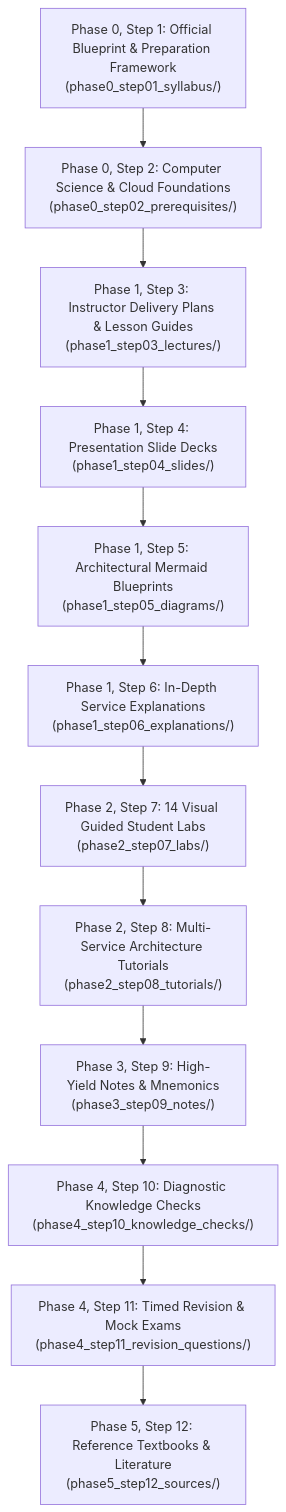
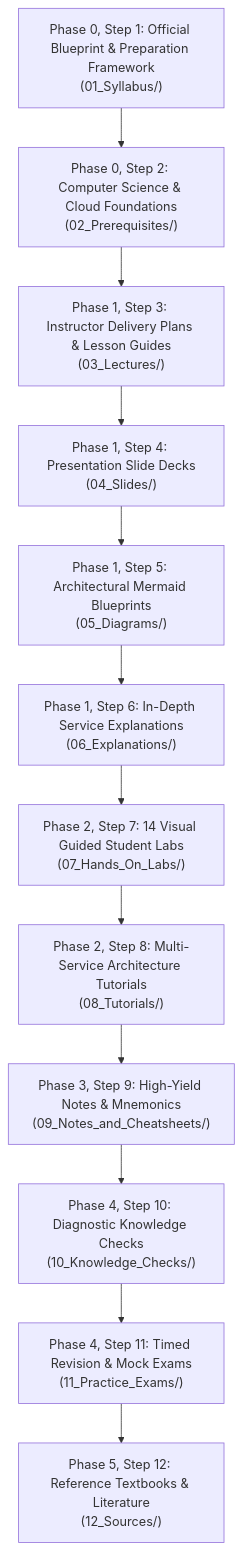
One commit to fakhruldeen/AWS changed the diagram in Cloud/Practitioner/CLF-C02/README.md. Above: the diagram before and after it, drawn with Mermaid. The commit also changed other lines of this file and 518 other files, not shown here.

````diff
--- a/Cloud/Practitioner/CLF-C02/README.md
+++ b/Cloud/Practitioner/CLF-C02/README.md
@@ -15,14 +17,14 @@
 ```mermaid
 flowchart TD
-    Syllabus["Phase 0, Step 1: Official Blueprint & Preparation Framework\n(phase0_step01_syllabus/)"] --> Prereqs["Phase 0, Step 2: Computer Science & Cloud Foundations\n(phase0_step02_prerequisites/)"]
-    Prereqs --> Lectures["Phase 1, Step 3: Instructor Delivery Plans & Lesson Guides\n(phase1_step03_lectures/)"]
-    Lectures --> Slides["Phase 1, Step 4: Presentation Slide Decks\n(phase1_step04_slides/)"]
-    Slides --> Diagrams["Phase 1, Step 5: Architectural Mermaid Blueprints\n(phase1_step05_diagrams/)"]
-    Diagrams --> Explanations["Phase 1, Step 6: In-Depth Service Explanations\n(phase1_step06_explanations/)"]
-    Explanations --> Labs["Phase 2, Step 7: 14 Visual Guided Student Labs\n(phase2_step07_labs/)"]
-    Labs --> Tutorials["Phase 2, Step 8: Multi-Service Architecture Tutorials\n(phase2_step08_tutorials/)"]
-    Tutorials --> Notes["Phase 3, Step 9: High-Yield Notes & Mnemonics\n(phase3_step09_notes/)"]
-    Notes --> KChecks["Phase 4, Step 10: Diagnostic Knowledge Checks\n(phase4_step10_knowledge_checks/)"]
-    KChecks --> Revision["Phase 4, Step 11: Timed Revision & Mock Exams\n(phase4_step11_revision_questions/)"]
-    Revision --> Sources["Phase 5, Step 12: Reference Textbooks & Literature\n(phase5_step12_sources/)"]
+    Syllabus["Phase 0, Step 1: Official Blueprint & Preparation Framework\n(01_Syllabus/)"] --> Prereqs["Phase 0, Step 2: Computer Science & Cloud Foundations\n(02_Prerequisites/)"]
+    Prereqs --> Lectures["Phase 1, Step 3: Instructor Delivery Plans & Lesson Guides\n(03_Lectures/)"]
+    Lectures --> Slides["Phase 1, Step 4: Presentation Slide Decks\n(04_Slides/)"]
+    Slides --> Diagrams["Phase 1, Step 5: Architectural Mermaid Blueprints\n(05_Diagrams/)"]
+    Diagrams --> Explanations["Phase 1, Step 6: In-Depth Service Explanations\n(06_Explanations/)"]
+    Explanations --> Labs["Phase 2, Step 7: 14 Visual Guided Student Labs\n(07_Hands_On_Labs/)"]
+    Labs --> Tutorials["Phase 2, Step 8: Multi-Service Architecture Tutorials\n(08_Tutorials/)"]
+    Tutorials --> Notes["Phase 3, Step 9: High-Yield Notes & Mnemonics\n(09_Notes_and_Cheatsheets/)"]
+    Notes --> KChecks["Phase 4, Step 10: Diagnostic Knowledge Checks\n(10_Knowledge_Checks/)"]
+    KChecks --> Revision["Phase 4, Step 11: Timed Revision & Mock Exams\n(11_Practice_Exams/)"]
+    Revision --> Sources["Phase 5, Step 12: Reference Textbooks & Literature\n(12_Sources/)"]
 ```
````
